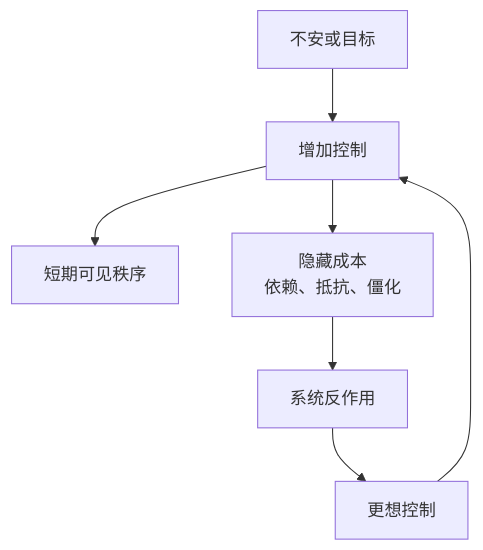
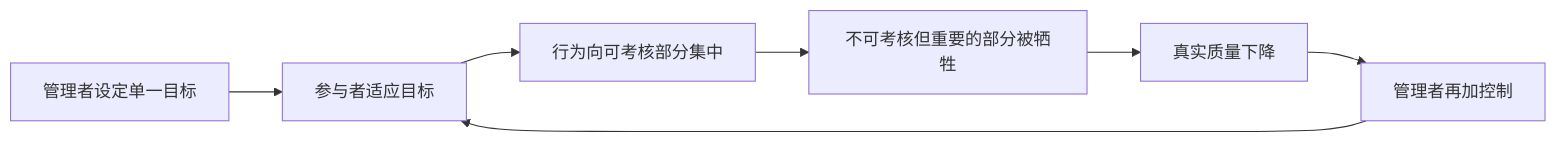
Before and after one commit to digoal/blog: the second of 3 diagrams in 202605/20260518_34.md, drawn with Mermaid. The commit also changed other lines of this file and 26 other files, not shown here.

````diff
--- a/202605/20260518_34.md
+++ b/202605/20260518_34.md
@@ -21,9 +70,9 @@
 ```mermaid
-flowchart TD
-  A["不安或目标"] --> B["增加控制"]
-  B --> C["短期可见秩序"]
-  B --> D["隐藏成本<br/>依赖、抵抗、僵化"]
-  D --> E["系统反作用"]
-  E --> F["更想控制"]
+flowchart LR
+  A["管理者设定单一目标"] --> B["参与者适应目标"]
+  B --> C["行为向可考核部分集中"]
+  C --> D["不可考核但重要的部分被牺牲"]
+  D --> E["真实质量下降"]
+  E --> F["管理者再加控制"]
   F --> B
 ```
````
